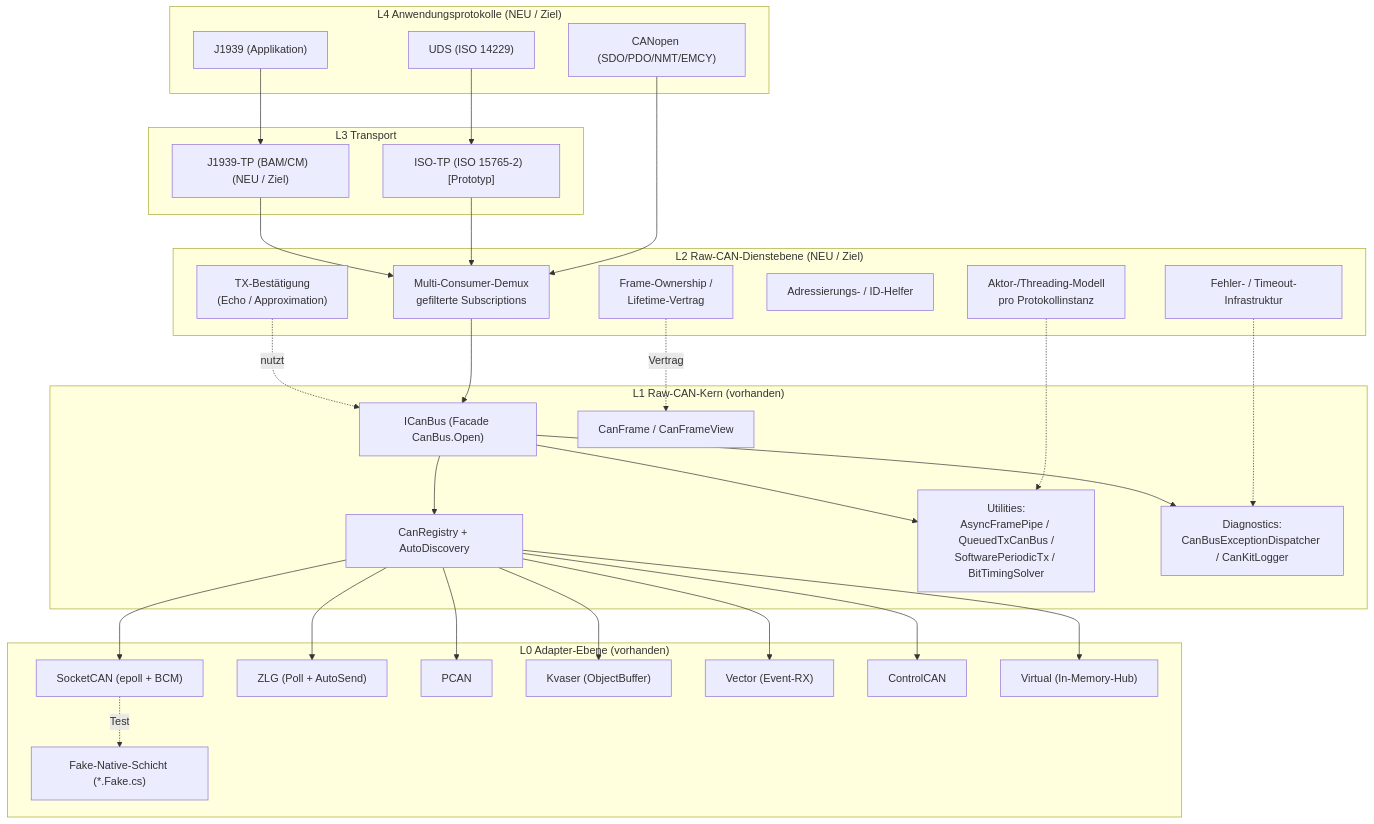
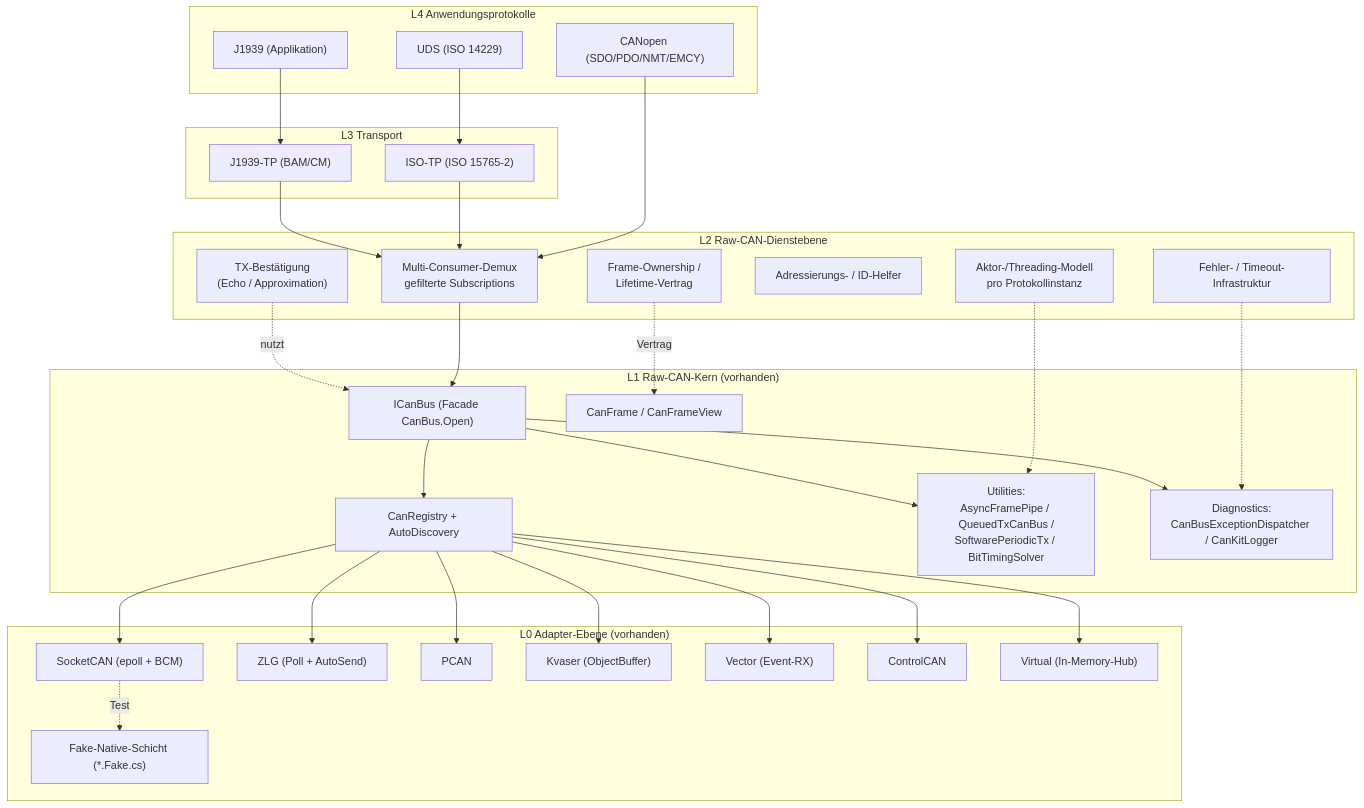
Before and after one commit to dborgards/CanKit.Pro: the second of 19 diagrams in docs/architecture/arc42-CanKit.Pro.md, drawn with Mermaid. The commit also changed other lines of this file and 1 other file, not shown here.

First line of the commit message:
docs: sync arc42 and SRS with the tree (net10.0, ISO-TP shipped, default branch main)

````diff
--- a/docs/architecture/arc42-CanKit.Pro.md
+++ b/docs/architecture/arc42-CanKit.Pro.md
@@ -251,63 +266,63 @@
 ```mermaid
 flowchart TB
-    subgraph L4["L4 Anwendungsprotokolle  (NEU / Ziel)"]
+    subgraph L4["L4 Anwendungsprotokolle"]
         UDS["UDS (ISO 14229)"]
         CANopen["CANopen (SDO/PDO/NMT/EMCY)"]
         J1939App["J1939 (Applikation)"]
     end
 
     subgraph L3["L3 Transport"]
-        IsoTp["ISO-TP (ISO 15765-2)  [Prototyp]"]
-        J1939Tp["J1939-TP (BAM/CM)  (NEU / Ziel)"]
+        IsoTp["ISO-TP (ISO 15765-2)"]
+        J1939Tp["J1939-TP (BAM/CM)"]
     end
 
-    subgraph L2["L2 Raw-CAN-Dienstebene  (NEU / Ziel)"]
+    subgraph L2["L2 Raw-CAN-Dienstebene"]
         Demux["Multi-Consumer-Demux<br/>gefilterte Subscriptions"]
         Ownership["Frame-Ownership /<br/>Lifetime-Vertrag"]
         TxConfirm["TX-Bestätigung<br/>(Echo / Approximation)"]
         Addr["Adressierungs- / ID-Helfer"]
         Actor["Aktor-/Threading-Modell<br/>pro Protokollinstanz"]
         FaultInfra["Fehler- / Timeout-Infrastruktur"]
     end
 
     subgraph L1["L1 Raw-CAN-Kern  (vorhanden)"]
         ICanBus["ICanBus (Facade CanBus.Open)"]
         CanFrame["CanFrame / CanFrameView"]
         Registry["CanRegistry + AutoDiscovery"]
         Utils["Utilities:<br/>AsyncFramePipe / QueuedTxCanBus /<br/>SoftwarePeriodicTx / BitTimingSolver"]
         Diag["Diagnostics:<br/>CanBusExceptionDispatcher / CanKitLogger"]
     end
 
     subgraph L0["L0 Adapter-Ebene  (vorhanden)"]
         SocketCAN["SocketCAN (epoll + BCM)"]
         ZLG["ZLG (Poll + AutoSend)"]
         PCAN["PCAN"]
         Kvaser["Kvaser (ObjectBuffer)"]
         Vector["Vector (Event-RX)"]
         ControlCAN["ControlCAN"]
         Virtual["Virtual (In-Memory-Hub)"]
         Fake["Fake-Native-Schicht (*.Fake.cs)"]
     end
 
     UDS --> IsoTp
     CANopen --> Demux
     J1939App --> J1939Tp
     IsoTp --> Demux
     J1939Tp --> Demux
     Demux --> ICanBus
     Ownership -.Vertrag.-> CanFrame
     TxConfirm -.nutzt.-> ICanBus
     Actor -.-> Utils
     FaultInfra -.-> Diag
     ICanBus --> Registry
     ICanBus --> Utils
     ICanBus --> Diag
     Registry --> SocketCAN
     Registry --> ZLG
     Registry --> PCAN
     Registry --> Kvaser
     Registry --> Vector
     Registry --> ControlCAN
     Registry --> Virtual
     SocketCAN -.Test.-> Fake
 ```
````
